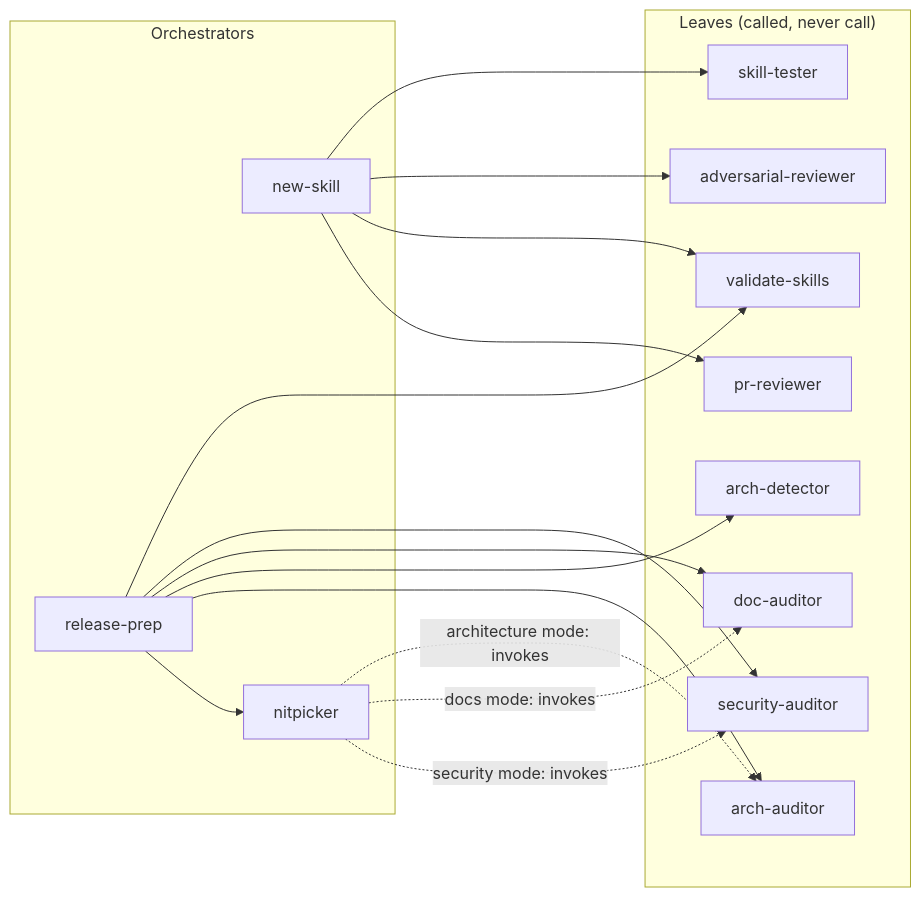
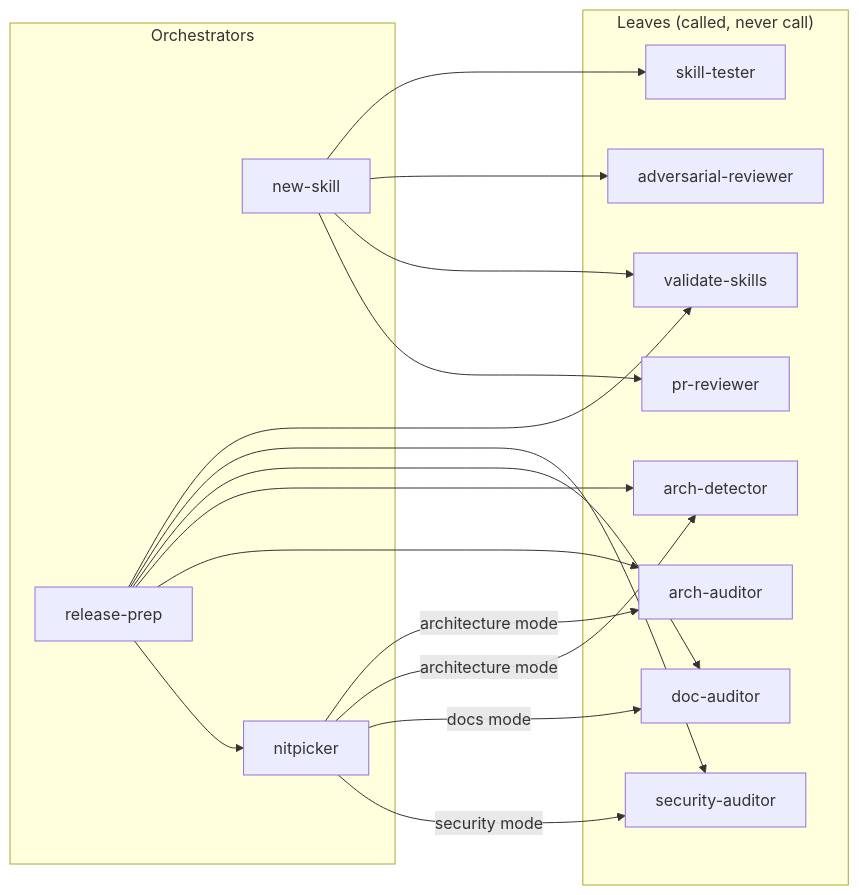
One commit to ivuorinen/skills changed the sixth of 6 diagrams in .claude/skills/README.md. Above: the diagram before and after it, drawn with Mermaid. The commit also changed other lines of this file and 4 other files, not shown here.

````diff
--- a/.claude/skills/README.md
+++ b/.claude/skills/README.md
@@ -234,35 +239,36 @@
 ```mermaid
 graph LR
     subgraph orchestrators["Orchestrators"]
         NS[new-skill]
         RP[release-prep]
         NP[nitpicker]
     end
 
     subgraph leaves["Leaves (called, never call)"]
         AR[adversarial-reviewer]
         VS[validate-skills]
         AD[arch-detector]
         AA[arch-auditor]
         DA[doc-auditor]
         PR[pr-reviewer]
         SA[security-auditor]
         ST[skill-tester]
     end
 
     NS --> ST
     NS --> AR
     NS --> VS
     NS --> PR
 
     RP --> VS
     RP --> SA
     RP --> DA
     RP --> AD
     RP --> AA
     RP --> NP
 
-    NP -.->|architecture mode: invokes| AA
-    NP -.->|docs mode: invokes| DA
-    NP -.->|security mode: invokes| SA
+    NP -->|architecture mode| AA
+    NP -->|architecture mode| AD
+    NP -->|docs mode| DA
+    NP -->|security mode| SA
 ```
````
